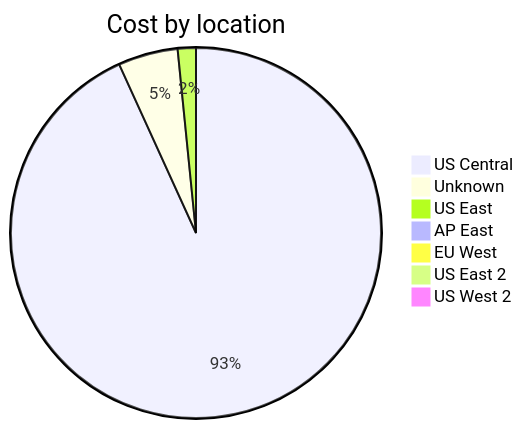
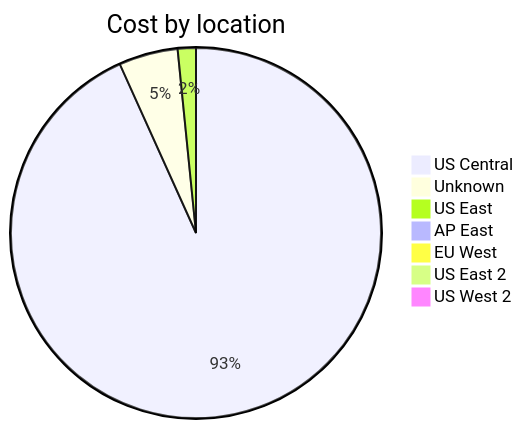
The third of 4 diagrams in cost-reports/accumulated-cost.md (jpfulton/azure-personal-reports), drawn with Mermaid before and after one commit. The commit also changed other lines of this file and 4 other files, not shown here.

````diff
--- a/cost-reports/accumulated-cost.md
+++ b/cost-reports/accumulated-cost.md
@@ -123,11 +123,11 @@
 ```mermaid
 pie
    title Cost by location
-   "US Central" : 4.11
-   "Unknown" : 0.23
-   "US East" : 0.07
+   "US Central" : 4.70
+   "Unknown" : 0.26
+   "US East" : 0.08
    "AP East" : 0.00
    "EU West" : 0.00
    "US East 2" : 0.00
    "US West 2" : 0.00
 ```
````
